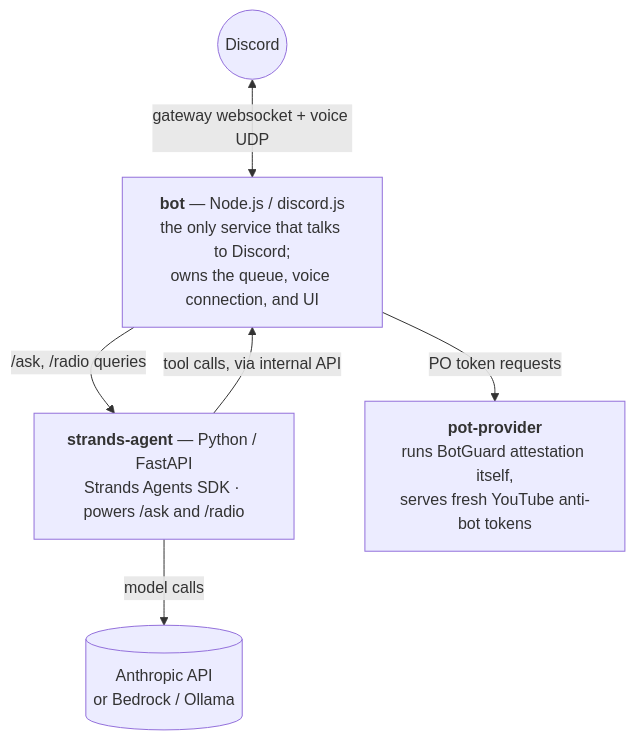
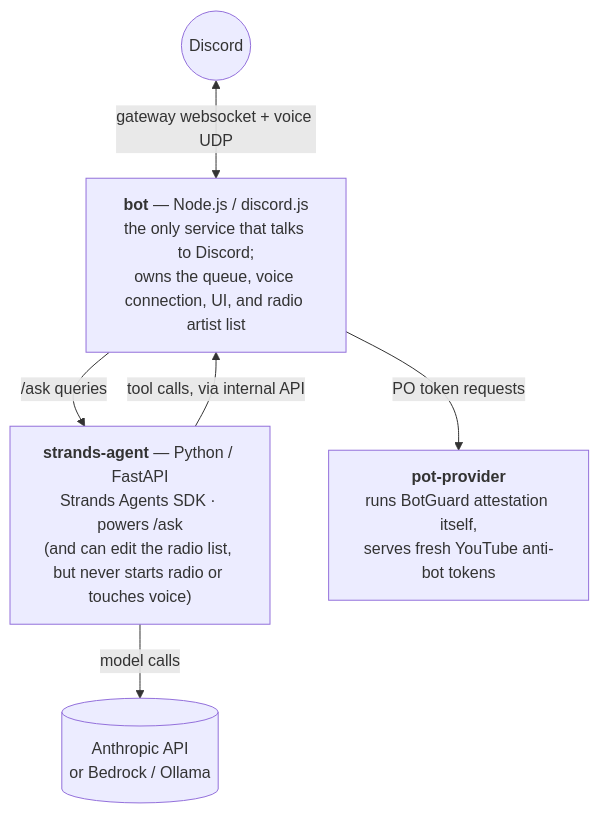
The diagram in README.md (mishkamouse/dj-tyga-discord-music-bot), drawn with Mermaid before and after one commit. The commit also changed other lines of this file and 14 other files, not shown here.

First line of the commit message:
Rework /radio around a persisted artist rotation, prefer songs over videos in search, fix /stop during 24/7 mode

````diff
--- a/README.md
+++ b/README.md
@@ -88,14 +107,14 @@
 ```mermaid
 flowchart TD
     Discord((Discord)) <-->|gateway websocket + voice UDP| Bot
 
-    Bot["<b>bot</b> — Node.js / discord.js<br/>the only service that talks to Discord;<br/>owns the queue, voice connection, and UI"]
-    Bot -->|"/ask, /radio queries"| Agent
+    Bot["<b>bot</b> — Node.js / discord.js<br/>the only service that talks to Discord;<br/>owns the queue, voice connection, UI, and radio artist list"]
+    Bot -->|"/ask queries"| Agent
     Agent -->|"tool calls, via internal API"| Bot
     Bot -->|PO token requests| Pot
 
-    Agent["<b>strands-agent</b> — Python / FastAPI<br/>Strands Agents SDK · powers /ask and /radio"]
+    Agent["<b>strands-agent</b> — Python / FastAPI<br/>Strands Agents SDK · powers /ask<br/>(and can edit the radio list, but never starts radio or touches voice)"]
     Agent -->|model calls| LLM[("Anthropic API<br/>or Bedrock / Ollama")]
 
     Pot["<b>pot-provider</b><br/>runs BotGuard attestation itself,<br/>serves fresh YouTube anti-bot tokens"]
 ```
````
